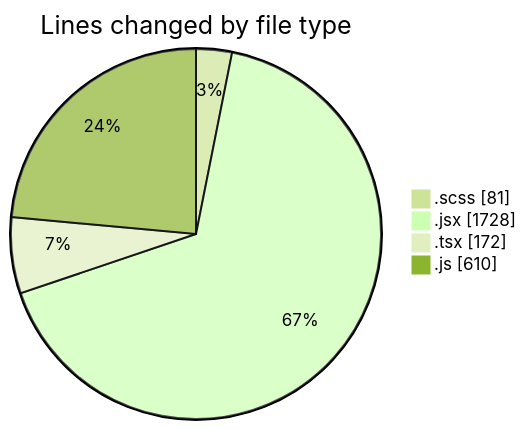
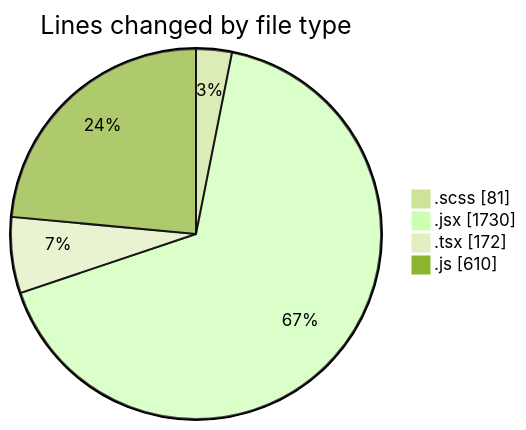
Before and after one commit to momahboobian/code-tracking: the first of 2 diagrams in 2025-06-03/cda/README.md, drawn with Mermaid (forest theme). The commit also changed other lines of this file and 1 other file, not shown here.

````diff
--- a/2025-06-03/cda/README.md
+++ b/2025-06-03/cda/README.md
@@ -25,8 +25,8 @@
 ```mermaid
 pie showData
 title Lines changed by file type
 ".scss" : 81
-".jsx" : 1728
+".jsx" : 1730
 ".tsx" : 172
 ".js" : 610
 ```
````
